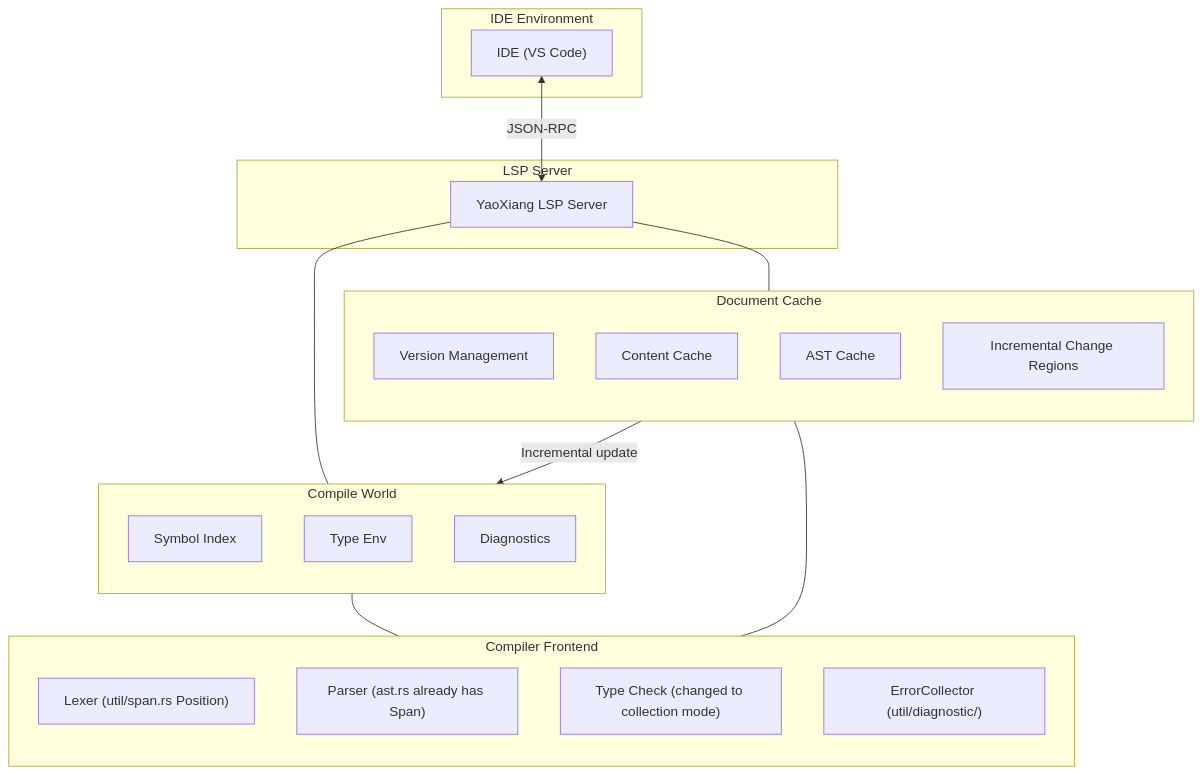
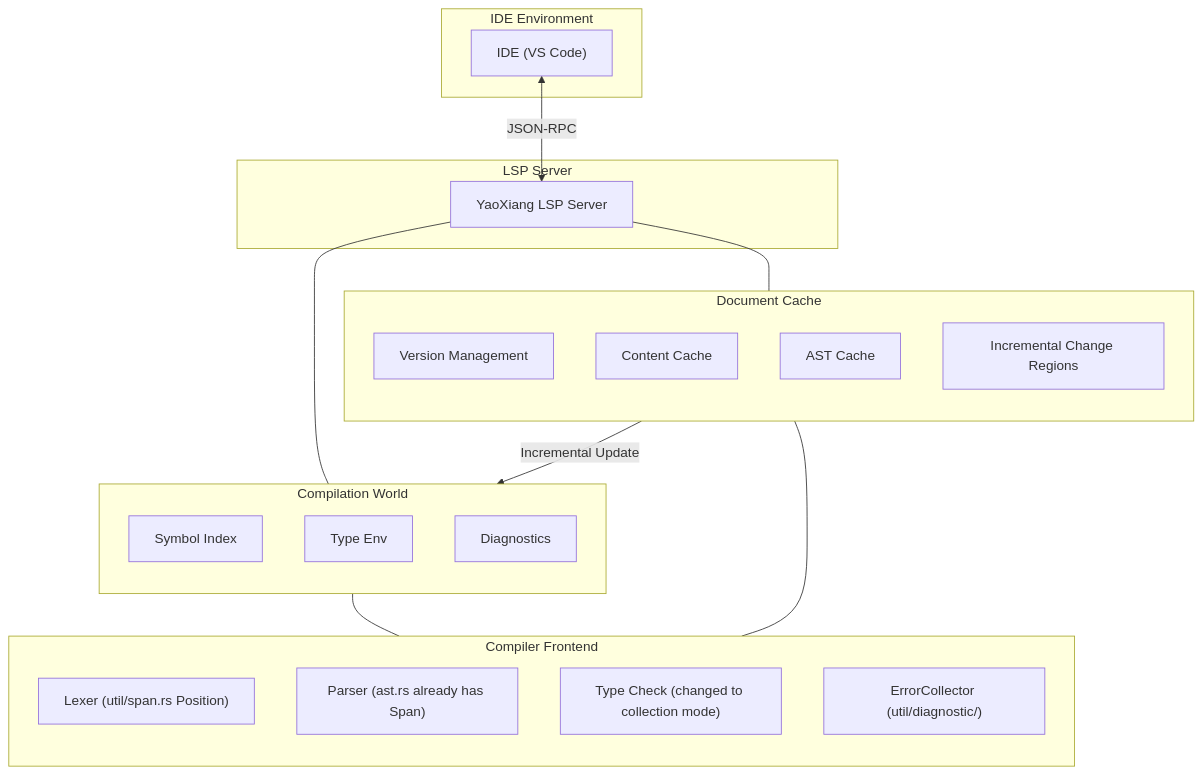
The diagram in docs/src/en/design/rfc/accepted/017-lsp-support.md (ChenXu233/YaoXiang), drawn with Mermaid before and after one commit. The commit also changed other lines of this file and 76 other files, not shown here.

````diff
--- a/docs/src/en/design/rfc/accepted/017-lsp-support.md
+++ b/docs/src/en/design/rfc/accepted/017-lsp-support.md
@@ -158,43 +159,43 @@
 ```mermaid
 flowchart TD
     subgraph IDE_Environment [IDE Environment]
         IDE["IDE (VS Code)"]
     end
 
     subgraph LSP_Server [LSP Server]
         LSP["YaoXiang LSP Server"]
     end
 
-    subgraph World_Compile [Compile World]
+    subgraph World_Compile [Compilation World]
         direction TB
         W_Symbol["Symbol Index"]
         W_Type["Type Env"]
         W_Diag["Diagnostics"]
     end
 
     subgraph Cache [Document Cache]
         direction TB
         C_Version["Version Management"]
         C_Content["Content Cache"]
         C_AST["AST Cache"]
         C_Delta["Incremental Change Regions"]
     end
 
     subgraph Frontend [Compiler Frontend]
         direction TB
         F_Lexer["Lexer (util/span.rs Position)"]
         F_Parser["Parser (ast.rs already has Span)"]
         F_TypeCheck["Type Check (changed to collection mode)"]
         F_ErrorCollector["ErrorCollector (util/diagnostic/)"]
     end
 
     IDE <-->|JSON-RPC| LSP
 
     LSP --- World_Compile
     LSP --- Cache
 
-    Cache -- "Incremental update" --> World_Compile
+    Cache -- "Incremental Update" --> World_Compile
 
     World_Compile --- Frontend
     Cache --- Frontend
 ```
````
